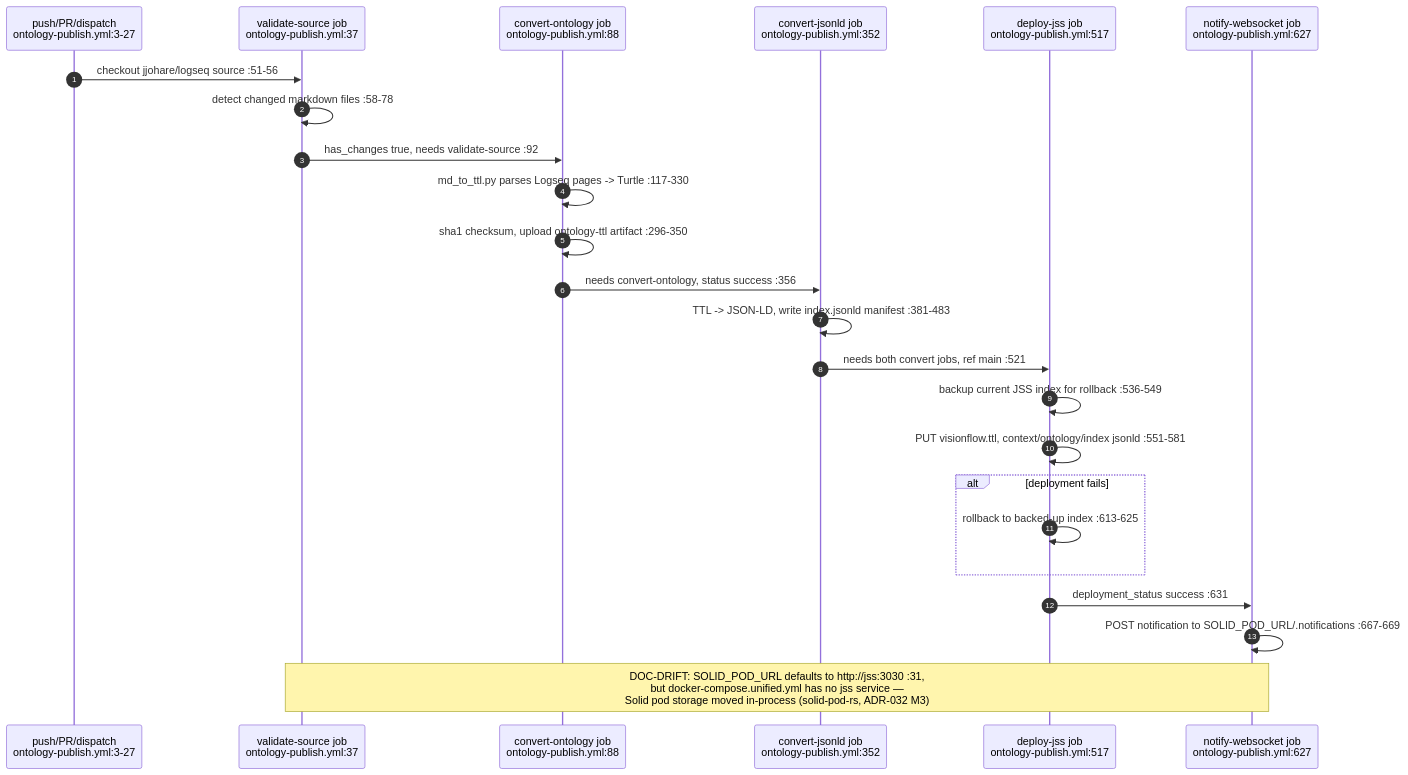
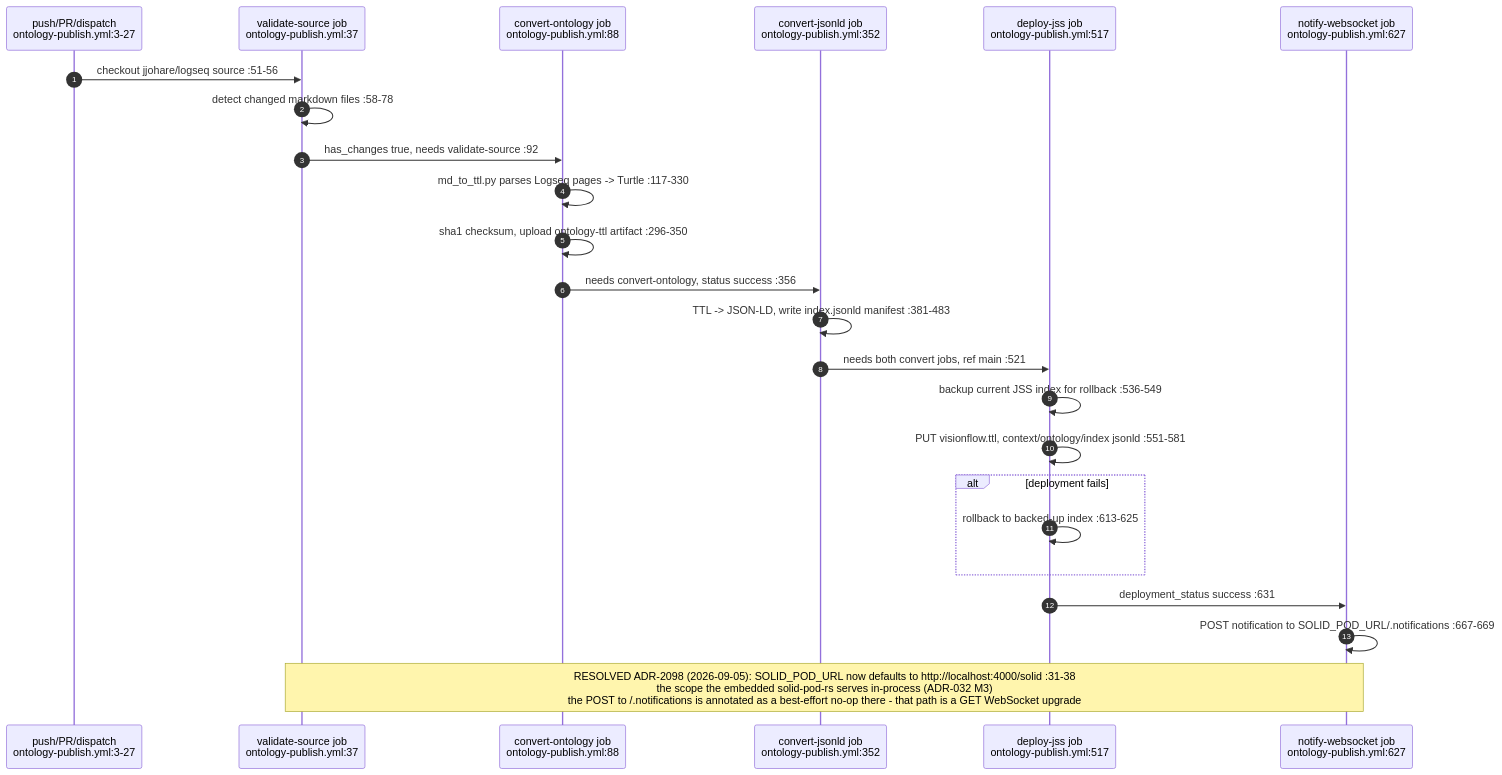
Before and after one commit to DreamLab-AI/AR-AI-Knowledge-Graph: diagram 13 of 19 in docs/diagrams/estate/09-build-deploy-and-ci-estate.md, drawn with Mermaid. The commit also changed other lines of this file and 172 other files, not shown here.

````diff
--- a/docs/diagrams/estate/09-build-deploy-and-ci-estate.md
+++ b/docs/diagrams/estate/09-build-deploy-and-ci-estate.md
@@ -436,27 +439,27 @@
 ```mermaid
 sequenceDiagram
     autonumber
     participant GH as push/PR/dispatch<br/>ontology-publish.yml:3-27
     participant VAL as validate-source job<br/>ontology-publish.yml:37
     participant CONV as convert-ontology job<br/>ontology-publish.yml:88
     participant JLD as convert-jsonld job<br/>ontology-publish.yml:352
     participant DEP as deploy-jss job<br/>ontology-publish.yml:517
     participant WS as notify-websocket job<br/>ontology-publish.yml:627
 
     GH->>VAL: checkout jjohare/logseq source :51-56
     VAL->>VAL: detect changed markdown files :58-78
     VAL->>CONV: has_changes true, needs validate-source :92
     CONV->>CONV: md_to_ttl.py parses Logseq pages -> Turtle :117-330
     CONV->>CONV: sha1 checksum, upload ontology-ttl artifact :296-350
     CONV->>JLD: needs convert-ontology, status success :356
     JLD->>JLD: TTL -> JSON-LD, write index.jsonld manifest :381-483
     JLD->>DEP: needs both convert jobs, ref main :521
     DEP->>DEP: backup current JSS index for rollback :536-549
     DEP->>DEP: PUT visionflow.ttl, context/ontology/index jsonld :551-581
     alt deployment fails
         DEP->>DEP: rollback to backed-up index :613-625
     end
     DEP->>WS: deployment_status success :631
     WS->>WS: POST notification to SOLID_POD_URL/.notifications :667-669
-    Note over VAL,WS: DOC-DRIFT: SOLID_POD_URL defaults to http://jss:3030 :31,<br/>but docker-compose.unified.yml has no jss service —<br/>Solid pod storage moved in-process (solid-pod-rs, ADR-032 M3)
+    Note over VAL,WS: RESOLVED ADR-2098 (2026-09-05): SOLID_POD_URL now defaults to http://localhost:4000/solid :31-38<br/>the scope the embedded solid-pod-rs serves in-process (ADR-032 M3)<br/>the POST to /.notifications is annotated as a best-effort no-op there - that path is a GET WebSocket upgrade
 ```
````
